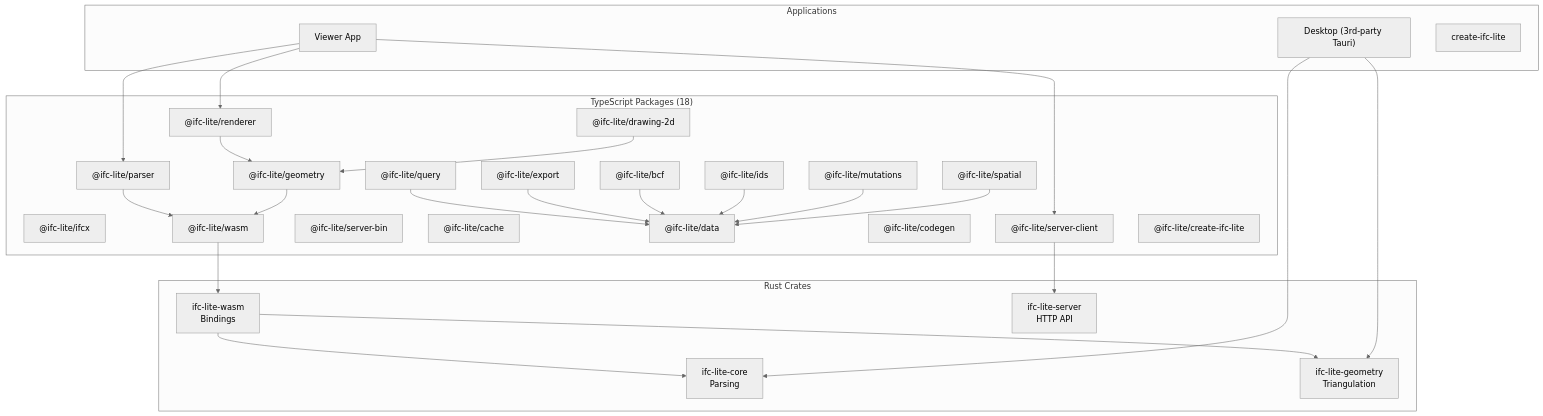
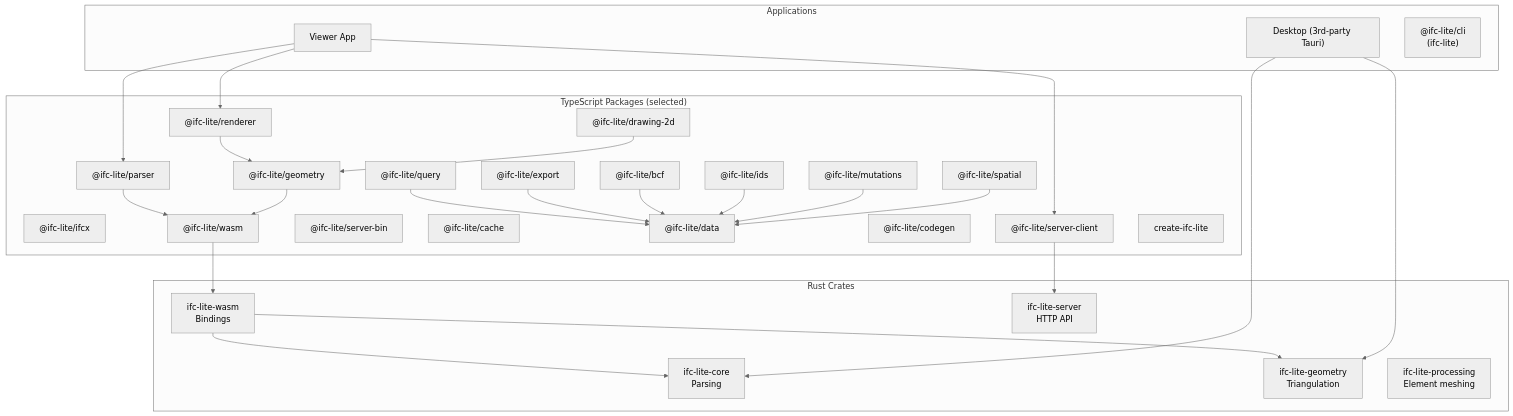
One commit to LTplus-AG/ifc-lite changed the seventh of 18 diagrams in docs/architecture/overview.md. Above: the diagram before and after it, drawn with Mermaid (neutral theme). The commit also changed other lines of this file and 70 other files, not shown here.

````diff
--- a/docs/architecture/overview.md
+++ b/docs/architecture/overview.md
@@ -198,56 +198,57 @@
 ```mermaid
 graph TB
     subgraph Rust["Rust Crates"]
         Core["ifc-lite-core<br/>Parsing"]
         Geo["ifc-lite-geometry<br/>Triangulation"]
+        Processing["ifc-lite-processing<br/>Element meshing"]
         Wasm["ifc-lite-wasm<br/>Bindings"]
         Server["ifc-lite-server<br/>HTTP API"]
     end
 
-    subgraph TS["TypeScript Packages (18)"]
+    subgraph TS["TypeScript Packages (selected)"]
         Parser["@ifc-lite/parser"]
         IFCX["@ifc-lite/ifcx"]
         Geometry["@ifc-lite/geometry"]
         Renderer["@ifc-lite/renderer"]
         ServerClient["@ifc-lite/server-client"]
         ServerBin["@ifc-lite/server-bin"]
         Cache["@ifc-lite/cache"]
         Query["@ifc-lite/query"]
         Data["@ifc-lite/data"]
         Export["@ifc-lite/export"]
         BCF["@ifc-lite/bcf"]
         IDS["@ifc-lite/ids"]
         Drawing2D["@ifc-lite/drawing-2d"]
         Mutations["@ifc-lite/mutations"]
         Spatial["@ifc-lite/spatial"]
         Codegen["@ifc-lite/codegen"]
         WasmTS["@ifc-lite/wasm"]
-        CreateCLI["@ifc-lite/create-ifc-lite"]
+        CreateCLI["create-ifc-lite"]
     end
 
     subgraph Apps["Applications"]
         Viewer["Viewer App"]
         Desktop["Desktop (3rd-party Tauri)"]
-        CLI["create-ifc-lite"]
+        CLI["@ifc-lite/cli<br/>(ifc-lite)"]
     end
 
     Wasm --> Core
     Wasm --> Geo
     Parser --> WasmTS
     WasmTS --> Wasm
     Geometry --> WasmTS
     Renderer --> Geometry
     ServerClient --> Server
     Query --> Data
     Export --> Data
     BCF --> Data
     IDS --> Data
     Drawing2D --> Geometry
     Mutations --> Data
     Spatial --> Data
     Viewer --> Parser
     Viewer --> Renderer
     Viewer --> ServerClient
     Desktop --> Core
     Desktop --> Geo
 ```
````
